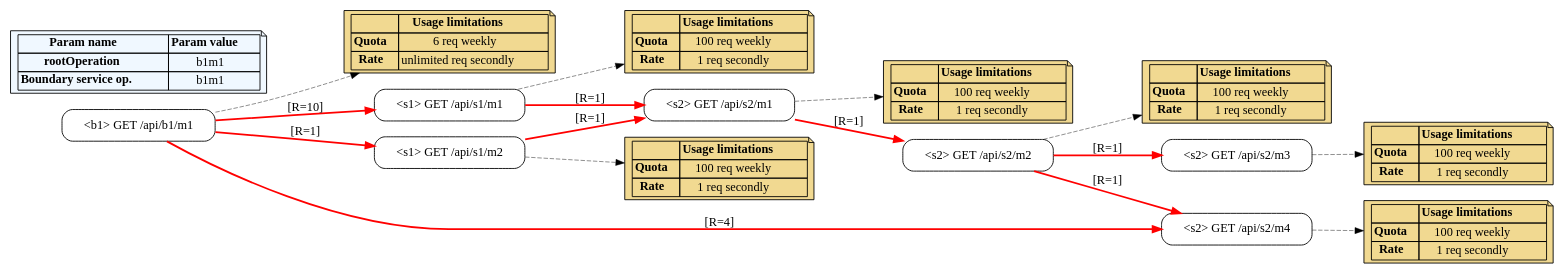
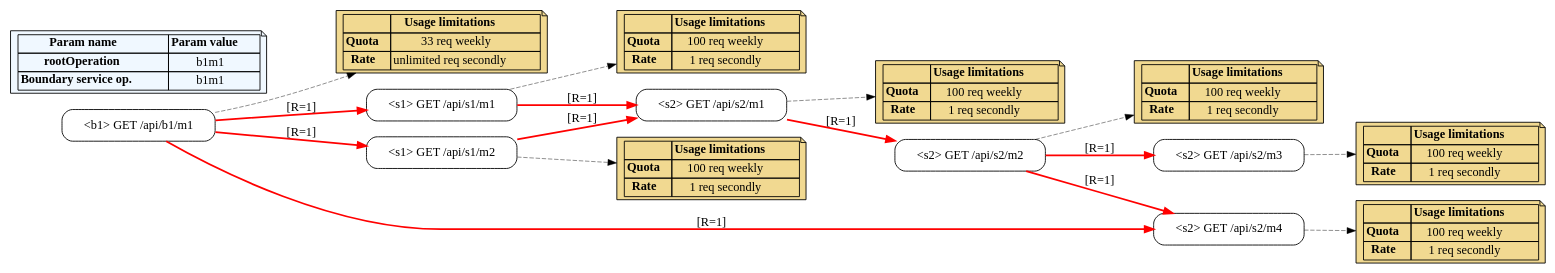
The diagram in src/backend/output/mapping/mapping.dot (isa-group/governify-electra), drawn with Graphviz before and after one commit. The commit also changed 20 other files, not shown here.

```diff
--- a/src/backend/output/mapping/mapping.dot
+++ b/src/backend/output/mapping/mapping.dot
@@ -1,171 +1,171 @@
 digraph restalk { 
 
  rankdir=LR;
 
 
 
 subgraph "b1" {
 node [shape=box]
 node [ style=rounded, shape=box, label = "<b1> GET /api/b1/m1" ] "b1m1"
 limits_b1m1 [shape=note, style=filled, fillcolor="#F1D991" label=<
 <table border="0" cellborder="1" cellpadding="2" cellspacing="0">
 <tr>
 <td></td>
 <td><b>Usage limitations</b></td>
 </tr>
 <tr>
 <td><b>Quota</b></td>
-<td>6 req weekly</td>
+<td>33 req weekly</td>
 </tr>
 <tr>
 <td><b>Rate</b></td>
 <td>unlimited req secondly</td>
 </tr>
 </table>
 >];
 b1m1 -> limits_b1m1[ style=dashed, color=black, penwidth=0.5 ];
 }
 
 
 
 subgraph "s1" {
 node [shape=box]
 node [ style=rounded, shape=box, label = "<s1> GET /api/s1/m1" ] "s1m1"
 limits_s1m1 [shape=note, style=filled, fillcolor="#F1D991" label=<
 <table border="0" cellborder="1" cellpadding="2" cellspacing="0">
 <tr>
 <td></td>
 <td><b>Usage limitations</b></td>
 </tr>
 <tr>
 <td><b>Quota</b></td>
 <td>100 req weekly</td>
 </tr>
 <tr>
 <td><b>Rate</b></td>
 <td>1 req secondly</td>
 </tr>
 </table>
 >];
 s1m1 -> limits_s1m1[ style=dashed, color=black, penwidth=0.5 ];
 node [ style=rounded, shape=box, label = "<s1> GET /api/s1/m2" ] "s1m2"
 limits_s1m2 [shape=note, style=filled, fillcolor="#F1D991" label=<
 <table border="0" cellborder="1" cellpadding="2" cellspacing="0">
 <tr>
 <td></td>
 <td><b>Usage limitations</b></td>
 </tr>
 <tr>
 <td><b>Quota</b></td>
 <td>100 req weekly</td>
 </tr>
 <tr>
 <td><b>Rate</b></td>
 <td>1 req secondly</td>
 </tr>
 </table>
 >];
 s1m2 -> limits_s1m2[ style=dashed, color=black, penwidth=0.5 ];
 }
 
 
 
 subgraph "s2" {
 node [shape=box]
 node [ style=rounded, shape=box, label = "<s2> GET /api/s2/m1" ] "s2m1"
 limits_s2m1 [shape=note, style=filled, fillcolor="#F1D991" label=<
 <table border="0" cellborder="1" cellpadding="2" cellspacing="0">
 <tr>
 <td></td>
 <td><b>Usage limitations</b></td>
 </tr>
 <tr>
 <td><b>Quota</b></td>
 <td>100 req weekly</td>
 </tr>
 <tr>
 <td><b>Rate</b></td>
 <td>1 req secondly</td>
 </tr>
 </table>
 >];
 s2m1 -> limits_s2m1[ style=dashed, color=black, penwidth=0.5 ];
 node [ style=rounded, shape=box, label = "<s2> GET /api/s2/m2" ] "s2m2"
 limits_s2m2 [shape=note, style=filled, fillcolor="#F1D991" label=<
 <table border="0" cellborder="1" cellpadding="2" cellspacing="0">
 <tr>
 <td></td>
 <td><b>Usage limitations</b></td>
 </tr>
 <tr>
 <td><b>Quota</b></td>
 <td>100 req weekly</td>
 </tr>
 <tr>
 <td><b>Rate</b></td>
 <td>1 req secondly</td>
 </tr>
 </table>
 >];
 s2m2 -> limits_s2m2[ style=dashed, color=black, penwidth=0.5 ];
 node [ style=rounded, shape=box, label = "<s2> GET /api/s2/m3" ] "s2m3"
 limits_s2m3 [shape=note, style=filled, fillcolor="#F1D991" label=<
 <table border="0" cellborder="1" cellpadding="2" cellspacing="0">
 <tr>
 <td></td>
 <td><b>Usage limitations</b></td>
 </tr>
 <tr>
 <td><b>Quota</b></td>
 <td>100 req weekly</td>
 </tr>
 <tr>
 <td><b>Rate</b></td>
 <td>1 req secondly</td>
 </tr>
 </table>
 >];
 s2m3 -> limits_s2m3[ style=dashed, color=black, penwidth=0.5 ];
 node [ style=rounded, shape=box, label = "<s2> GET /api/s2/m4" ] "s2m4"
 limits_s2m4 [shape=note, style=filled, fillcolor="#F1D991" label=<
 <table border="0" cellborder="1" cellpadding="2" cellspacing="0">
 <tr>
 <td></td>
 <td><b>Usage limitations</b></td>
 </tr>
 <tr>
 <td><b>Quota</b></td>
 <td>100 req weekly</td>
 </tr>
 <tr>
 <td><b>Rate</b></td>
 <td>1 req secondly</td>
 </tr>
 </table>
 >];
 s2m4 -> limits_s2m4[ style=dashed, color=black, penwidth=0.5 ];
 }
 
 params [shape=note, style=filled, fillcolor="#F0F8FF" label=<
 <table border="0" cellborder="1" cellpadding="2" cellspacing="0">
 <tr>
 <td><b>Param name</b></td><td><b>Param value</b></td>
 </tr>
 <tr>
 <td><b>rootOperation</b></td>
 <td>b1m1</td>
 </tr>
 <tr><td><b>Boundary service op.</b></td><td>b1m1</td></tr>
 </table>
 >];
-b1m1 -> s1m1 [ color=red, penwidth=2.0, label="[R=10]" ];
+b1m1 -> s1m1 [ color=red, penwidth=2.0, label="[R=1]" ];
 b1m1 -> s1m2 [ color=red, penwidth=2.0, label="[R=1]" ];
-b1m1 -> s2m4 [ color=red, penwidth=2.0, label="[R=4]" ];
+b1m1 -> s2m4 [ color=red, penwidth=2.0, label="[R=1]" ];
 s1m1 -> s2m1 [ color=red, penwidth=2.0, label="[R=1]" ];
 s1m2 -> s2m1 [ color=red, penwidth=2.0, label="[R=1]" ];
 s2m1 -> s2m2 [ color=red, penwidth=2.0, label="[R=1]" ];
 s2m2 -> s2m3 [ color=red, penwidth=2.0, label="[R=1]" ];
 s2m2 -> s2m4 [ color=red, penwidth=2.0, label="[R=1]" ];
 
 
 }
```
